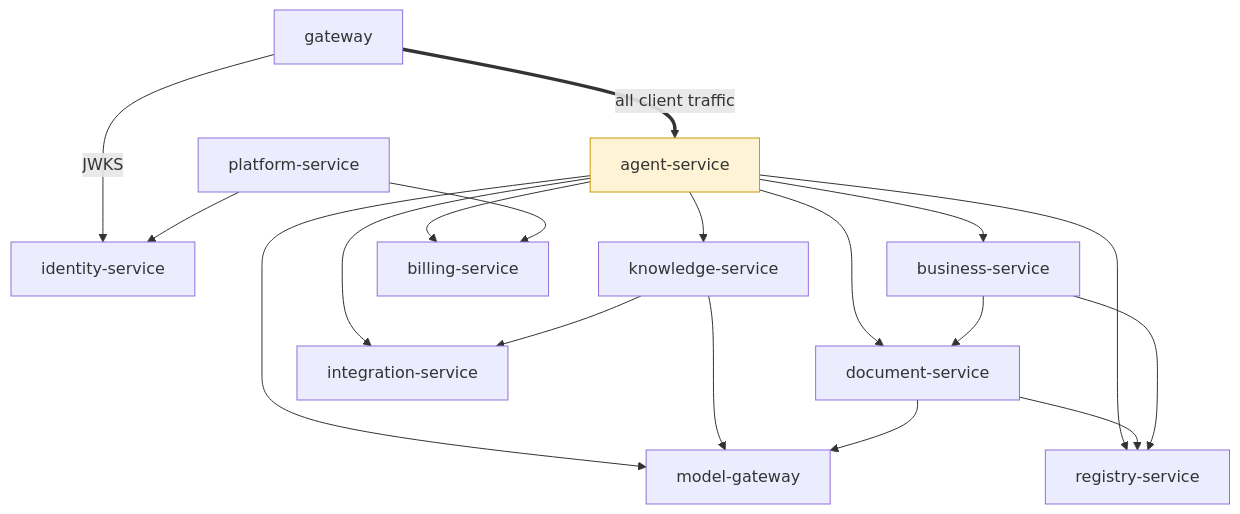
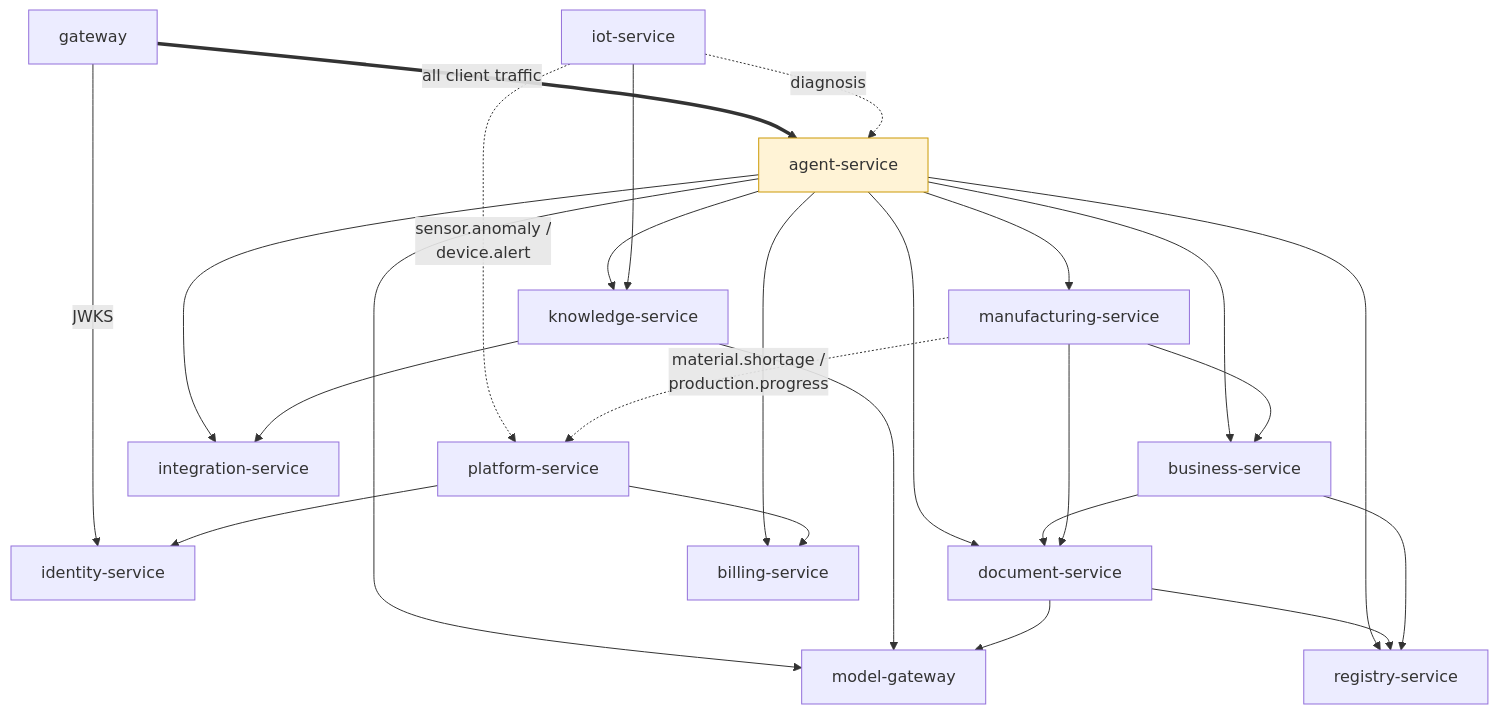
One commit to stoychev07-art/7X7-microservice changed the second of 2 diagrams in docs/02-service-catalog.md. Above: the diagram before and after it, drawn with Mermaid. The commit also changed other lines of this file and 65 other files, not shown here.

First line of the commit message:
Enhance architecture and service documentation

````diff
--- a/docs/02-service-catalog.md
+++ b/docs/02-service-catalog.md
@@ -283,24 +344,33 @@
 ```mermaid
 flowchart TB
     gw["gateway"] -->|JWKS| id["identity-service"]
     gw ==>|"all client traffic"| agent["agent-service"]
 
     agent --> mg["model-gateway"]
     agent --> kn["knowledge-service"]
     agent --> reg["registry-service"]
     agent --> biz["business-service"]
     agent --> doc["document-service"]
     agent --> bill["billing-service"]
     agent --> intg["integration-service"]
 
     kn --> mg
     kn --> intg
     doc --> mg
     doc --> reg
     biz --> reg
     biz --> doc
     plat["platform-service"] --> id
     plat --> bill
 
+    iot["iot-service"] --> kn
+    iot -. "sensor.anomaly /<br/>device.alert" .-> plat
+    iot -. diagnosis .-> agent
+
+    mf["manufacturing-service"] --> biz
+    mf --> doc
+    mf -. "material.shortage /<br/>production.progress" .-> plat
+    agent --> mf
+
     style agent fill:#fff3d6,stroke:#cc9a06
 ```
````
